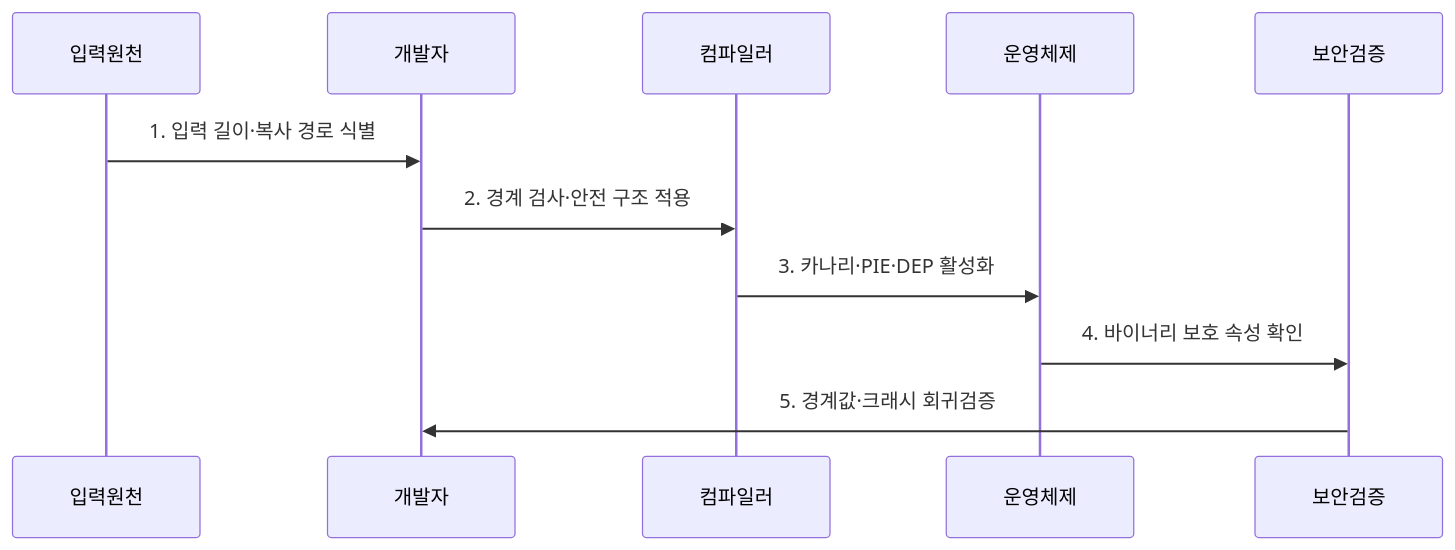
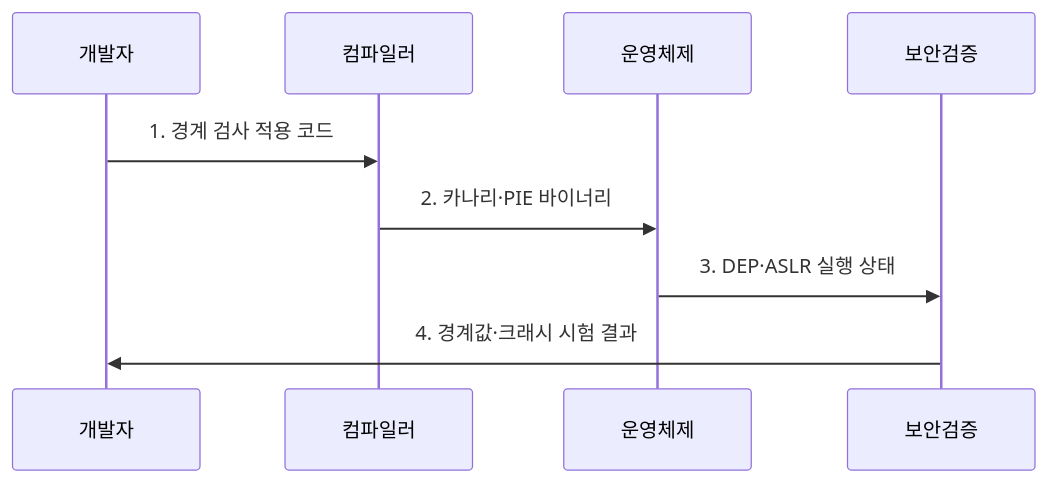
Before and after one commit to agnusdei1207/knowledge-base: the second of 2 diagrams in src/content/docs/notes/05-security/049_buffer_overflow.md, drawn with Mermaid. The commit also changed other lines of this file and 20 other files, not shown here.

````diff
--- a/src/content/docs/notes/05-security/049_buffer_overflow.md
+++ b/src/content/docs/notes/05-security/049_buffer_overflow.md
@@ -83,13 +84,11 @@
 ```mermaid
 sequenceDiagram
-    participant 입력원천
     participant 개발자
     participant 컴파일러
     participant 운영체제
     participant 보안검증
-    입력원천->>개발자: 1. 입력 길이·복사 경로 식별
-    개발자->>컴파일러: 2. 경계 검사·안전 구조 적용
-    컴파일러->>운영체제: 3. 카나리·PIE·DEP 활성화
-    운영체제->>보안검증: 4. 바이너리 보호 속성 확인
-    보안검증->>개발자: 5. 경계값·크래시 회귀검증
+    개발자->>컴파일러: 1. 경계 검사 적용 코드
+    컴파일러->>운영체제: 2. 카나리·PIE 바이너리
+    운영체제->>보안검증: 3. DEP·ASLR 실행 상태
+    보안검증->>개발자: 4. 경계값·크래시 시험 결과
 ```
````
